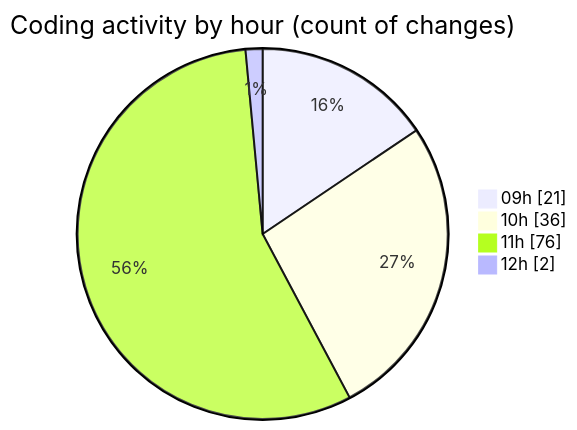
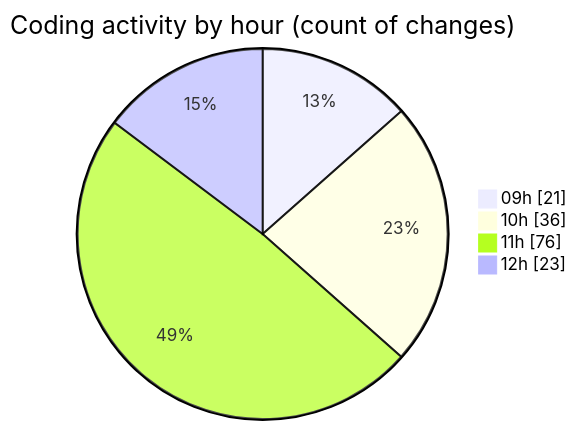
One commit to momahboobian/code-tracking changed the second of 2 diagrams in 2025-09-09/cda/README.md. Above: the diagram before and after it, drawn with Mermaid. The commit also changed other lines of this file and 1 other file, not shown here.

````diff
--- a/2025-09-09/cda/README.md
+++ b/2025-09-09/cda/README.md
@@ -112,8 +124,8 @@
 ```mermaid
 pie showData
 title Coding activity by hour (count of changes)
 "09h" : 21
 "10h" : 36
 "11h" : 76
-"12h" : 2
+"12h" : 23
 ```
````
